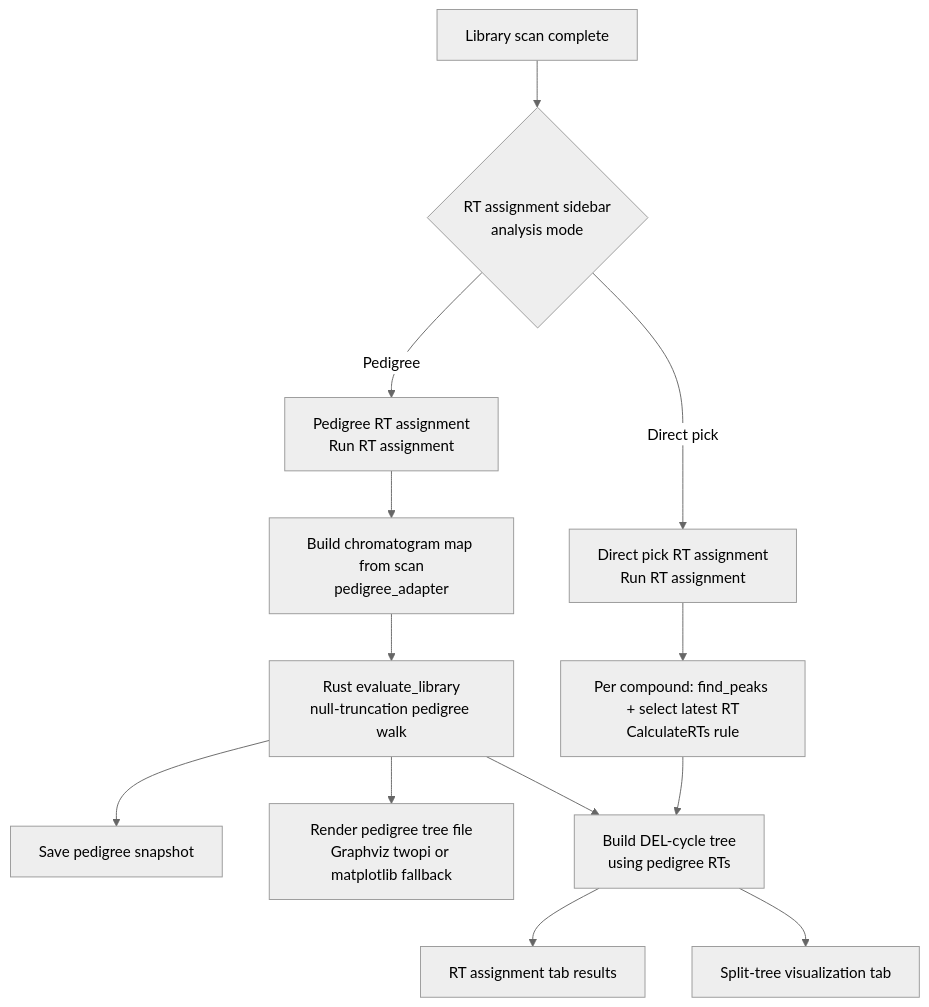
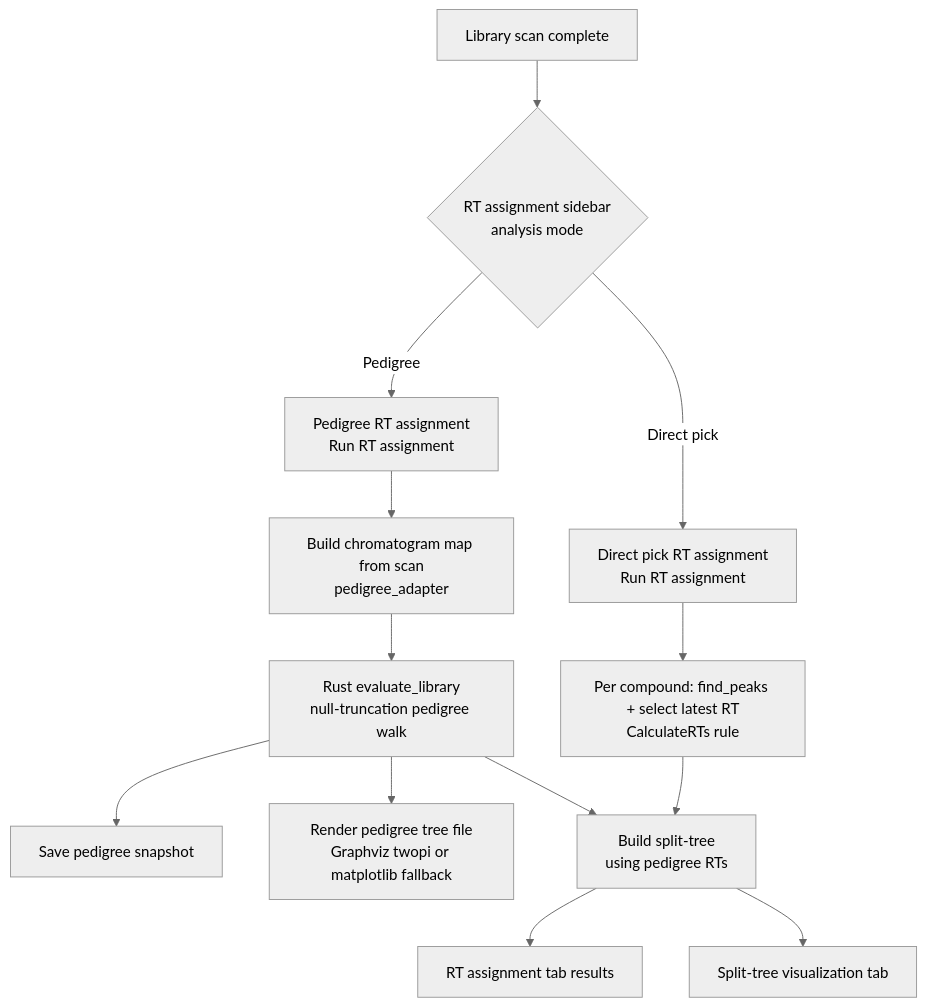
Before and after one commit to brodohfasho/LC-Seq: the third of 3 diagrams in docs/APPLICATION_WORKFLOW.md, drawn with Mermaid (neutral theme). The commit also changed other lines of this file and 64 other files, not shown here.

````diff
--- a/docs/APPLICATION_WORKFLOW.md
+++ b/docs/APPLICATION_WORKFLOW.md
@@ -179,18 +183,18 @@
 ```mermaid
 flowchart TB
   SCAN["Library scan complete"] --> MODE{"RT assignment sidebar<br>analysis mode"}
   MODE -->|Pedigree| PED["Pedigree RT assignment<br>Run RT assignment"]
   MODE -->|Direct pick| DIR["Direct pick RT assignment<br>Run RT assignment"]
 
   PED --> P1["Build chromatogram map from scan<br>pedigree_adapter"]
   P1 --> P2["Rust evaluate_library<br>null-truncation pedigree walk"]
   P2 --> P3["Save pedigree snapshot"]
   P2 --> P4["Render pedigree tree file<br>Graphviz twopi or matplotlib fallback"]
-  P2 --> DEL["Build DEL-cycle tree<br>using pedigree RTs"]
+  P2 --> DEL["Build split-tree<br>using pedigree RTs"]
 
   DIR --> D1["Per compound: find_peaks + select latest RT<br>CalculateRTs rule"]
   D1 --> DEL
 
   DEL --> RTtab["RT assignment tab results"]
   DEL --> STtab["Split-tree visualization tab"]
 ```
````
